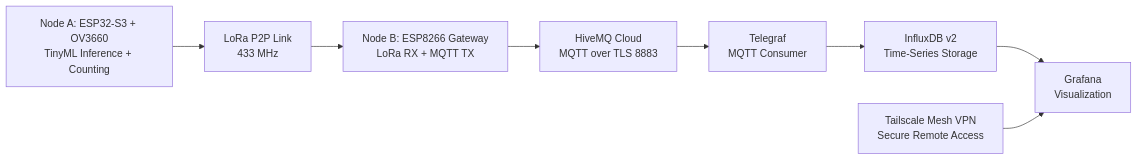
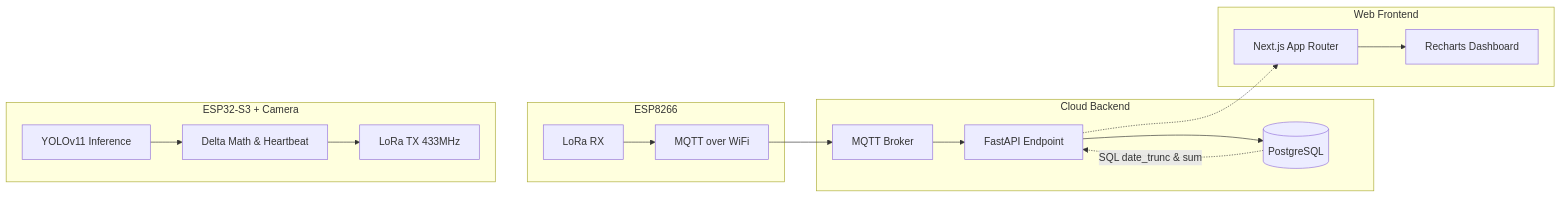
The diagram in README.md (vuhamthieu/tinyml-traffic-classifier-counter-esp32s3), drawn with Mermaid before and after one commit. The commit also changed other lines of this file and 2 other files, not shown here.

````diff
--- a/README.md
+++ b/README.md
@@ -19,14 +19,25 @@
 ```mermaid
-flowchart LR
-	 A[Node A: ESP32-S3 + OV3660\nTinyML Inference + Counting]
-	 B[LoRa P2P Link\n433 MHz]
-	 C[Node B: ESP8266 Gateway\nLoRa RX + MQTT TX]
-	 D[HiveMQ Cloud\nMQTT over TLS 8883]
-	 E[Telegraf\nMQTT Consumer]
-	 F[InfluxDB v2\nTime-Series Storage]
-	 G[Grafana\nVisualization]
-	 H[Tailscale Mesh VPN\nSecure Remote Access]
+graph LR
+    subgraph Edge Node A [ESP32-S3 + Camera]
+        Y[YOLOv11 Inference] --> D[Delta Math & Heartbeat]
+        D --> L[LoRa TX 433MHz]
+    end
 
-	 A --> B --> C --> D --> E --> F --> G
-	 H --> G
+    subgraph Gateway Node B [ESP8266]
+        LRX[LoRa RX] --> MW[MQTT over WiFi]
+    end
+
+    subgraph Cloud Backend
+        MQ[MQTT Broker] --> FA[FastAPI Endpoint]
+        FA --> DB[(PostgreSQL)]
+    end
+
+    subgraph Web Frontend
+        DB -.->|SQL date_trunc & sum| FA
+        FA -.-> NJ[Next.js App Router]
+        NJ --> R[Recharts Dashboard]
+    end
+
+    L ~~~ LRX
+    MW --> MQ
 ```
````
